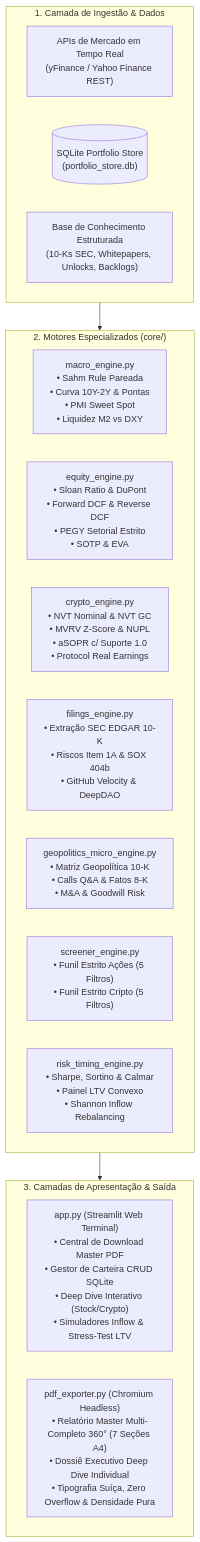
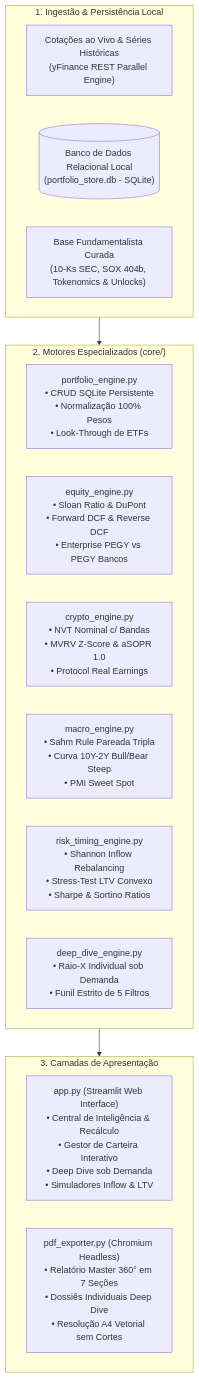
One commit to DouG-2007/institutional-investment-terminal changed the diagram in README.md. Above: the diagram before and after it, drawn with Mermaid. The commit also changed other lines of this file and 8 other files, not shown here.

````diff
--- a/README.md
+++ b/README.md
@@ -31,26 +41,25 @@
 ```mermaid
 flowchart TD
-    subgraph INGESTION ["1. Camada de Ingestão & Dados"]
-        API_DATA["APIs de Mercado em Tempo Real<br/>(yFinance / Yahoo Finance REST)"]
-        SQL_STORE[("SQLite Portfolio Store<br/>(portfolio_store.db)")]
-        KB_CURATED["Base de Conhecimento Estruturada<br/>(10-Ks SEC, Whitepapers, Unlocks, Backlogs)"]
+    subgraph INGESTION ["1. Ingestão & Persistência Local"]
+        YF["Cotações ao Vivo & Séries Históricas<br/>(yFinance REST Parallel Engine)"]
+        SQL[("Banco de Dados Relacional Local<br/>(portfolio_store.db - SQLite)")]
+        KB["Base Fundamentalista Curada<br/>(10-Ks SEC, SOX 404b, Tokenomics & Unlocks)"]
     end
 
     subgraph ENGINES ["2. Motores Especializados (core/)"]
-        MACRO["macro_engine.py<br/>• Sahm Rule Pareada<br/>• Curva 10Y-2Y & Pontas<br/>• PMI Sweet Spot<br/>• Liquidez M2 vs DXY"]
-        EQUITY["equity_engine.py<br/>• Sloan Ratio & DuPont<br/>• Forward DCF & Reverse DCF<br/>• PEGY Setorial Estrito<br/>• SOTP & EVA"]
-        CRYPTO["crypto_engine.py<br/>• NVT Nominal & NVT GC<br/>• MVRV Z-Score & NUPL<br/>• aSOPR c/ Suporte 1.0<br/>• Protocol Real Earnings"]
-        FILINGS["filings_engine.py<br/>• Extração SEC EDGAR 10-K<br/>• Riscos Item 1A & SOX 404b<br/>• GitHub Velocity & DeepDAO"]
-        GEO["geopolitics_micro_engine.py<br/>• Matriz Geopolítica 10-K<br/>• Calls Q&A & Fatos 8-K<br/>• M&A & Goodwill Risk"]
-        SCREENER["screener_engine.py<br/>• Funil Estrito Ações (5 Filtros)<br/>• Funil Estrito Cripto (5 Filtros)"]
-        RISK["risk_timing_engine.py<br/>• Sharpe, Sortino & Calmar<br/>• Painel LTV Convexo<br/>• Shannon Inflow Rebalancing"]
+        PORT["portfolio_engine.py<br/>• CRUD SQLite Persistente<br/>• Normalização 100% Pesos<br/>• Look-Through de ETFs"]
+        EQUITY["equity_engine.py<br/>• Sloan Ratio & DuPont<br/>• Forward DCF & Reverse DCF<br/>• Enterprise PEGY vs PEGY Bancos"]
+        CRYPTO["crypto_engine.py<br/>• NVT Nominal c/ Bandas<br/>• MVRV Z-Score & aSOPR 1.0<br/>• Protocol Real Earnings"]
+        MACRO["macro_engine.py<br/>• Sahm Rule Pareada Tripla<br/>• Curva 10Y-2Y Bull/Bear Steep<br/>• PMI Sweet Spot"]
+        RISK["risk_timing_engine.py<br/>• Shannon Inflow Rebalancing<br/>• Stress-Test LTV Convexo<br/>• Sharpe & Sortino Ratios"]
+        DEEP["deep_dive_engine.py<br/>• Raio-X Individual sob Demanda<br/>• Funil Estrito de 5 Filtros"]
     end
 
-    subgraph OUTPUT ["3. Camadas de Apresentação & Saída"]
-        TERMINAL["app.py (Streamlit Web Terminal)<br/>• Central de Download Master PDF<br/>• Gestor de Carteira CRUD SQLite<br/>• Deep Dive Interativo (Stock/Crypto)<br/>• Simuladores Inflow & Stress-Test LTV"]
-        PDF_ENGINE["pdf_exporter.py (Chromium Headless)<br/>• Relatório Master Multi-Completo 360° (7 Seções A4)<br/>• Dossiê Executivo Deep Dive Individual<br/>• Tipografia Suíça, Zero Overflow & Densidade Pura"]
+    subgraph PRESENTATION ["3. Camadas de Apresentação"]
+        WEB["app.py (Streamlit Web Interface)<br/>• Central de Inteligência & Recálculo<br/>• Gestor de Carteira Interativo<br/>• Deep Dive sob Demanda<br/>• Simuladores Inflow & LTV"]
+        PDF["pdf_exporter.py (Chromium Headless)<br/>• Relatório Master 360° em 7 Seções<br/>• Dossiês Individuais Deep Dive<br/>• Resolução A4 Vetorial sem Cortes"]
     end
 
     INGESTION --> ENGINES
-    ENGINES --> OUTPUT
+    ENGINES --> PRESENTATION
 ```
````
